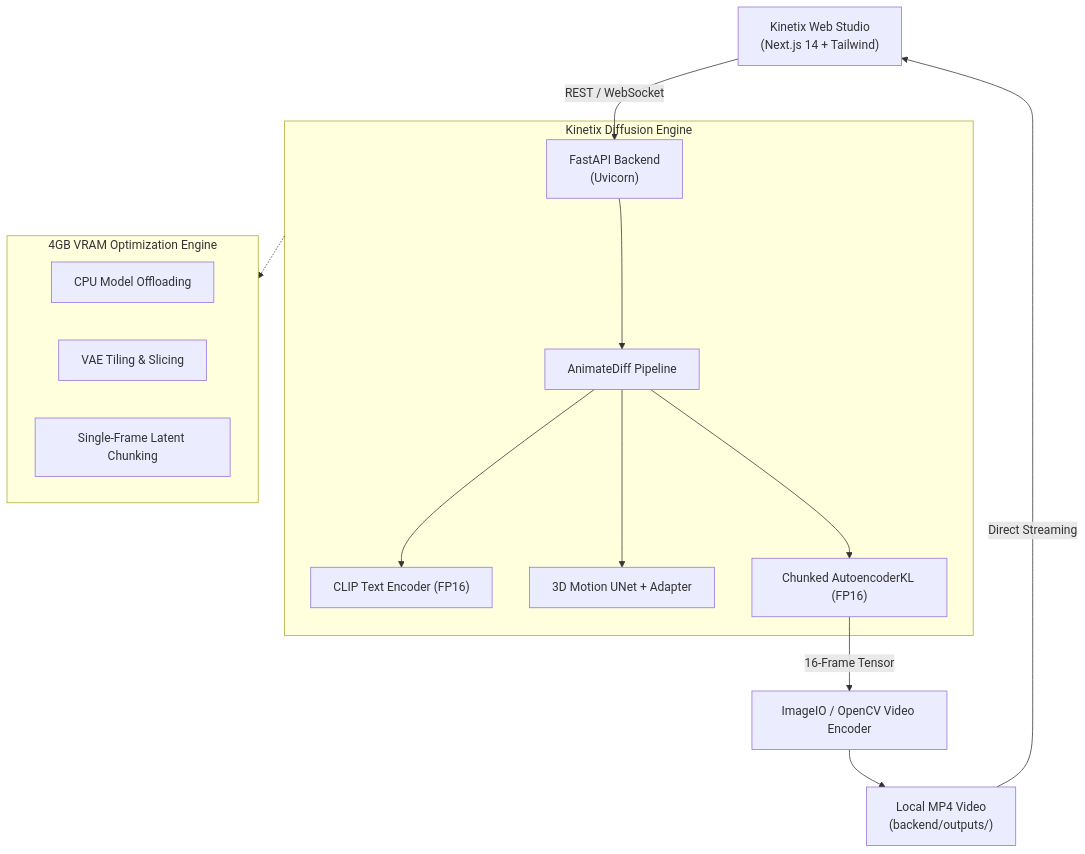
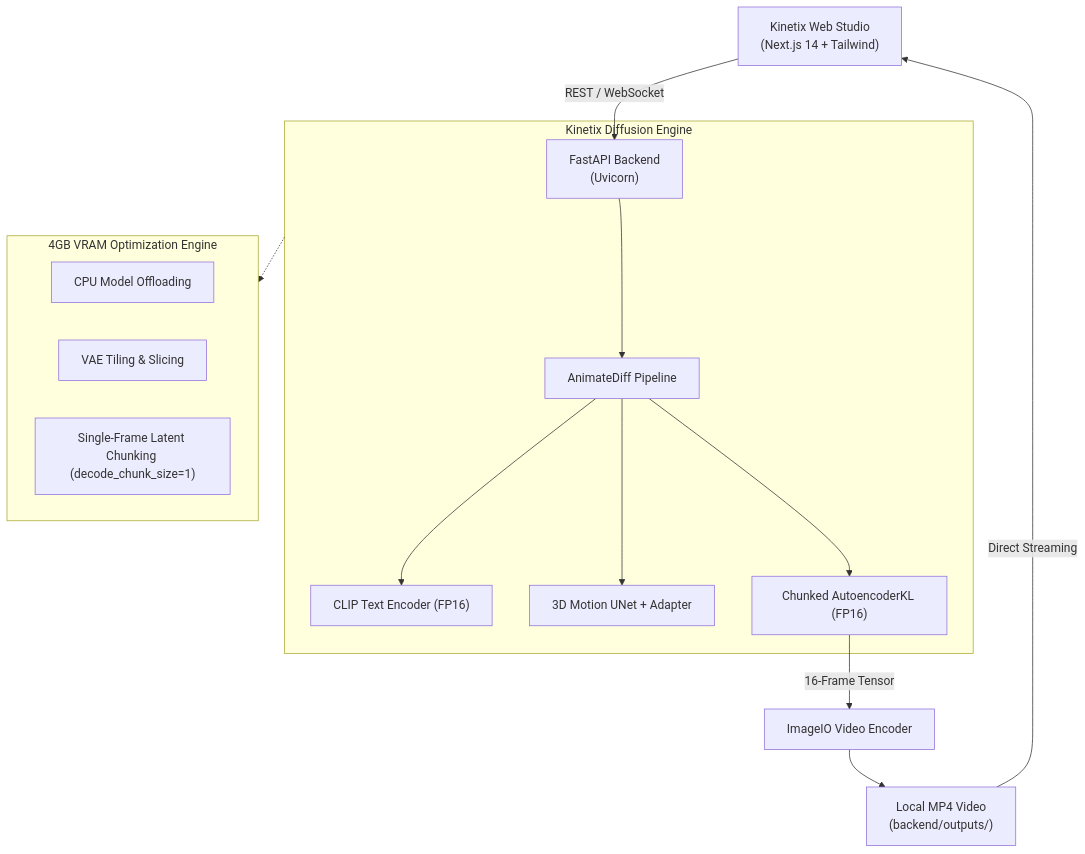
One commit to jojin1709/Kinetix changed the diagram in README.md. Above: the diagram before and after it, drawn with Mermaid. The commit also changed other lines of this file and 9 other files, not shown here.

````diff
--- a/README.md
+++ b/README.md
@@ -89,22 +156,22 @@
 ```mermaid
 flowchart TD
     UI["Kinetix Web Studio<br/>(Next.js 14 + Tailwind)"] -->|"REST / WebSocket"| API["FastAPI Backend<br/>(Uvicorn)"]
     
     subgraph Engine ["Kinetix Diffusion Engine"]
         API --> PIPELINE["AnimateDiff Pipeline"]
         PIPELINE --> TE["CLIP Text Encoder (FP16)"]
         PIPELINE --> UNET["3D Motion UNet + Adapter"]
         PIPELINE --> VAE["Chunked AutoencoderKL (FP16)"]
     end
 
     subgraph Memory ["4GB VRAM Optimization Engine"]
         OFFLOAD["CPU Model Offloading"]
         TILES["VAE Tiling & Slicing"]
-        CHUNK["Single-Frame Latent Chunking"]
+        CHUNK["Single-Frame Latent Chunking (decode_chunk_size=1)"]
     end
 
     Engine -.-> Memory
-    VAE -->|"16-Frame Tensor"| ENC["ImageIO / OpenCV Video Encoder"]
+    VAE -->|"16-Frame Tensor"| ENC["ImageIO Video Encoder"]
     ENC --> MP4["Local MP4 Video<br/>(backend/outputs/)"]
     MP4 -->|"Direct Streaming"| UI
 ```
````
